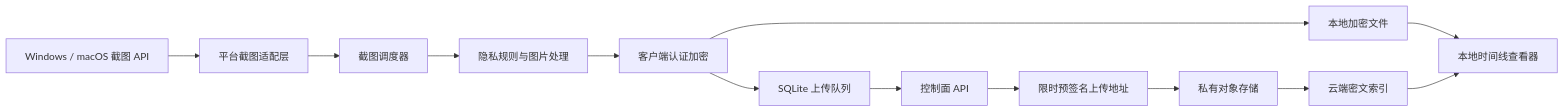
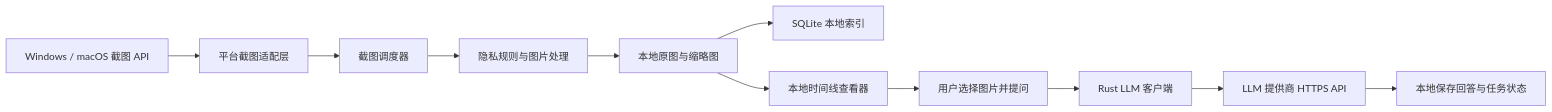
The first of 2 diagrams in electronic-journey-design.md (AlieZVzz/electronic-journey), drawn with Mermaid before and after one commit. The commit also changed other lines of this file and 44 other files, not shown here.

Commit message:
Refine application architecture and user journey flows

````diff
--- a/electronic-journey-design.md
+++ b/electronic-journey-design.md
@@ -78,15 +80,13 @@
 ```mermaid
 flowchart LR
     A["Windows / macOS 截图 API"] --> B["平台截图适配层"]
     B --> C["截图调度器"]
     C --> D["隐私规则与图片处理"]
-    D --> E["客户端认证加密"]
-    E --> F["本地加密文件"]
-    E --> G["SQLite 上传队列"]
-    G --> H["控制面 API"]
-    H --> I["限时预签名上传地址"]
-    I --> J["私有对象存储"]
-    J --> K["云端密文索引"]
-    F --> L["本地时间线查看器"]
-    K --> L
+    D --> E["本地原图与缩略图"]
+    E --> F["SQLite 本地索引"]
+    E --> G["本地时间线查看器"]
+    G --> H["用户选择图片并提问"]
+    H --> I["Rust LLM 客户端"]
+    I --> J["LLM 提供商 HTTPS API"]
+    J --> K["本地保存回答与任务状态"]
 ```
````
